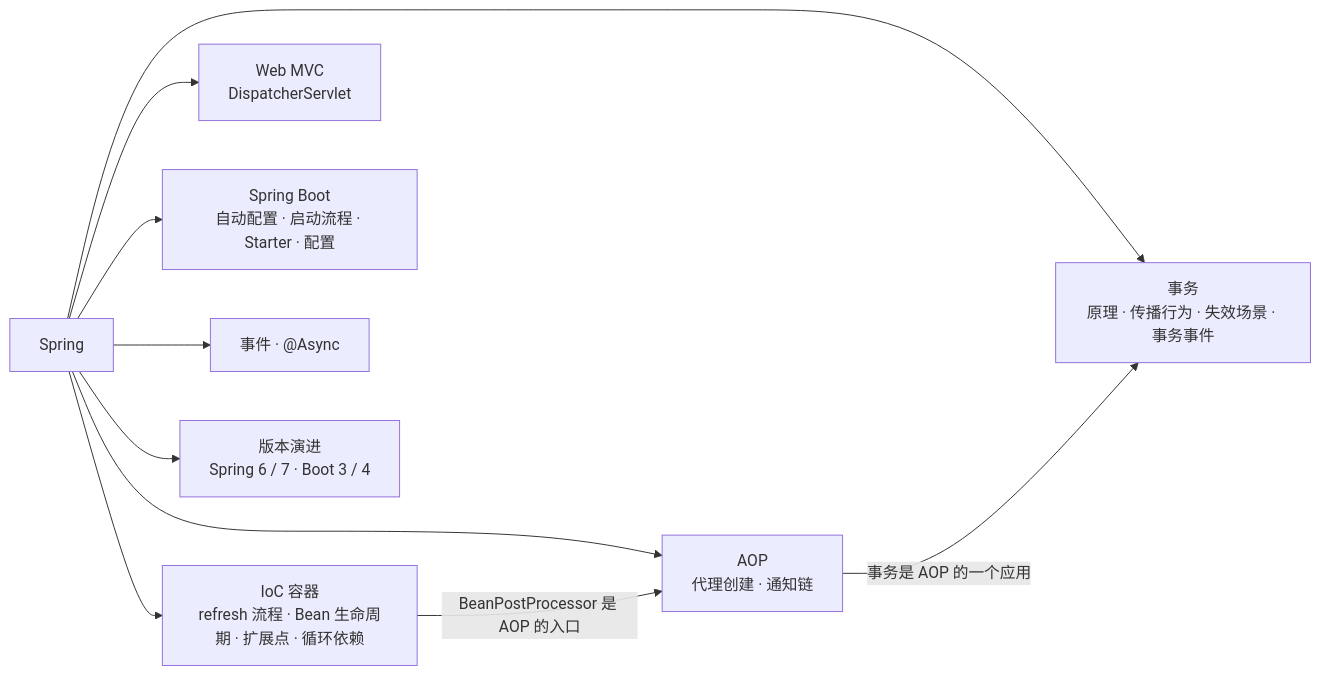
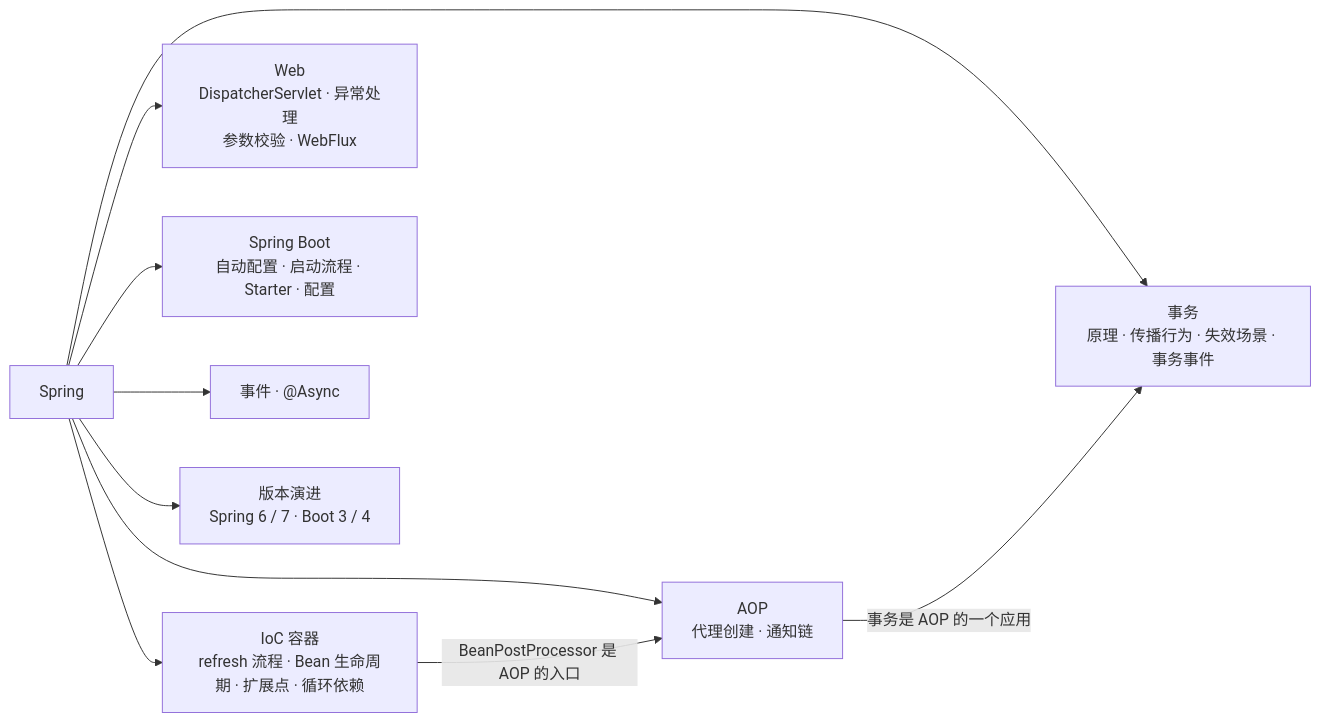
The first of 14 diagrams in 02-框架与容器/05-Spring.md (liulangjietou/interview), drawn with Mermaid before and after one commit. The commit also changed other lines of this file and 4 other files, not shown here.

````diff
--- a/02-框架与容器/05-Spring.md
+++ b/02-框架与容器/05-Spring.md
@@ -10,12 +10,12 @@
 ```mermaid
 flowchart LR
     ROOT["Spring"] --> IOC["IoC 容器<br/>refresh 流程 · Bean 生命周期 · 扩展点 · 循环依赖"]
     ROOT --> AOP["AOP<br/>代理创建 · 通知链"]
     ROOT --> TX["事务<br/>原理 · 传播行为 · 失效场景 · 事务事件"]
-    ROOT --> MVC["Web MVC<br/>DispatcherServlet"]
+    ROOT --> MVC["Web<br/>DispatcherServlet · 异常处理<br/>参数校验 · WebFlux"]
     ROOT --> BOOT["Spring Boot<br/>自动配置 · 启动流程 · Starter · 配置"]
     ROOT --> MISC["事件 · @Async"]
     ROOT --> NEW["版本演进<br/>Spring 6 / 7 · Boot 3 / 4"]
     IOC -->|"BeanPostProcessor 是 AOP 的入口"| AOP
     AOP -->|"事务是 AOP 的一个应用"| TX
 ```
````
